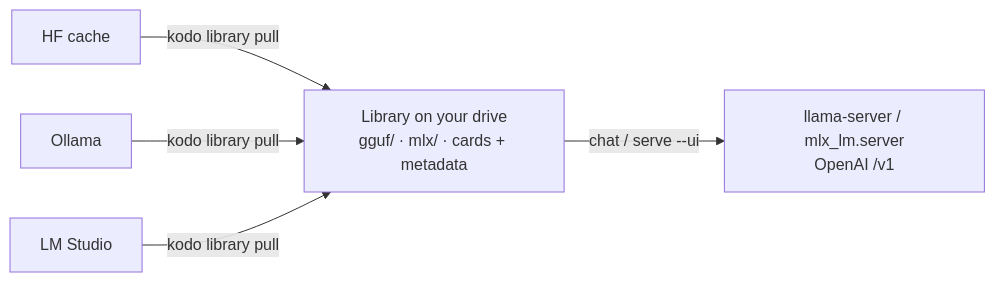
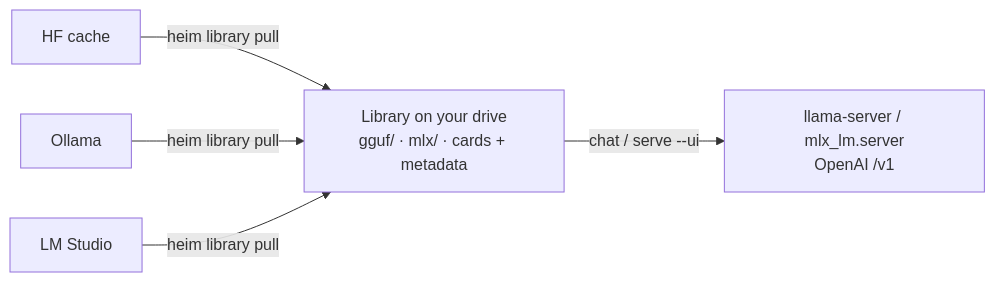
One commit to winterop-com/stabbur changed the diagram in docs/index.md. Above: the diagram before and after it, drawn with Mermaid. The commit also changed other lines of this file and 485 other files, not shown here.

````diff
--- a/docs/index.md
+++ b/docs/index.md
@@ -10,7 +10,7 @@
 ```mermaid
 flowchart LR
-    hf["HF cache"] -->|kodo library pull| lib
-    ol["Ollama"] -->|kodo library pull| lib
-    ls["LM Studio"] -->|kodo library pull| lib
+    hf["HF cache"] -->|heim library pull| lib
+    ol["Ollama"] -->|heim library pull| lib
+    ls["LM Studio"] -->|heim library pull| lib
     lib["Library on your drive<br/>gguf/ · mlx/ · cards + metadata"] -->|chat / serve --ui| rt["llama-server / mlx_lm.server<br/>OpenAI /v1 "]
 ```
````
